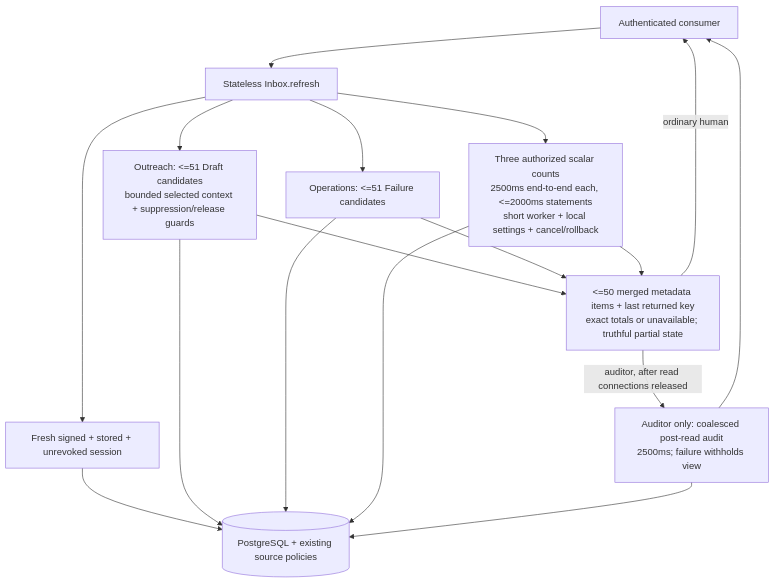
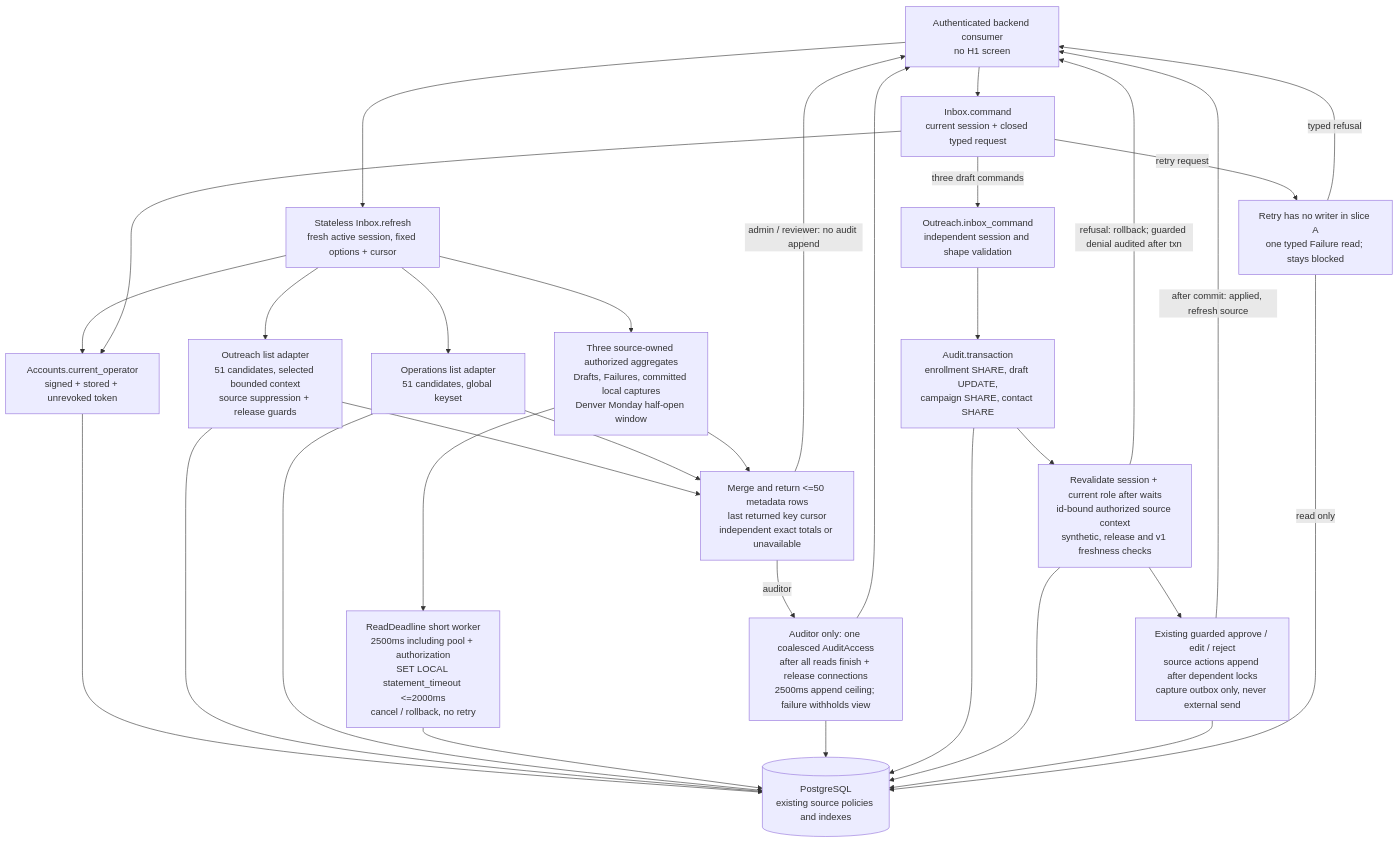
Before and after one commit to chops/sdr_agent: the diagram in docs/architecture/inbox-runtime.md, drawn with Mermaid. The commit also changed other lines of this file and 10 other files, not shown here.

First line of the commit message:
feat(inbox): add atomic draft command adapters (C1-03 A)

````diff
--- a/docs/architecture/inbox-runtime.md
+++ b/docs/architecture/inbox-runtime.md
@@ -14,24 +15,49 @@
 ```mermaid
 flowchart TB
-    Caller[Authenticated consumer]
-    Inbox[Stateless Inbox.refresh]
-    Accounts[Fresh signed + stored + unrevoked session]
-    Drafts[Outreach: <=51 Draft candidates<br/>bounded selected context + suppression/release guards]
-    Failures[Operations: <=51 Failure candidates]
-    Counts[Three authorized scalar counts<br/>2500ms end-to-end each, <=2000ms statements<br/>short worker + local settings + cancel/rollback]
-    Merge[<=50 merged metadata items + last returned key<br/>exact totals or unavailable; truthful partial state]
-    AA[Auditor only: coalesced post-read audit<br/>2500ms; failure withholds view]
-    DB[(PostgreSQL + existing source policies)]
+    Caller[Authenticated backend consumer<br/>no H1 screen]
+    Inbox[Stateless Inbox.refresh<br/>fresh active session, fixed options + cursor]
+    Accounts[Accounts.current_operator<br/>signed + stored + unrevoked token]
+    Drafts[Outreach list adapter<br/>51 candidates, selected bounded context<br/>source suppression + release guards]
+    Failures[Operations list adapter<br/>51 candidates, global keyset]
+    Counts[Three source-owned authorized aggregates<br/>Drafts, Failures, committed local captures<br/>Denver Monday half-open window]
+    Budget[ReadDeadline short worker<br/>2500ms including pool + authorization<br/>SET LOCAL statement_timeout <=2000ms<br/>cancel / rollback, no retry]
+    Merge[Merge and return <=50 metadata rows<br/>last returned key cursor<br/>independent exact totals or unavailable]
+    AA[Auditor only: one coalesced AuditAccess<br/>after all reads finish + release connections<br/>2500ms append ceiling; failure withholds view]
+    Command[Inbox.command<br/>current session + closed typed request]
+    Adapter[Outreach.inbox_command<br/>independent session and shape validation]
+    Locks[Audit.transaction<br/>enrollment SHARE, draft UPDATE,<br/>campaign SHARE, contact SHARE]
+    Fresh[Revalidate session + current role after waits<br/>id-bound authorized source context<br/>synthetic, release and v1 freshness checks]
+    Write[Existing guarded approve / edit / reject<br/>source actions append after dependent locks<br/>capture outbox only, never external send]
+    Held[Retry has no writer in slice A<br/>one typed Failure read; stays blocked]
+    DB[(PostgreSQL<br/>existing source policies and indexes)]
+
     Caller --> Inbox
-    Inbox --> Accounts --> DB
-    Inbox --> Drafts --> DB
-    Inbox --> Failures --> DB
-    Inbox --> Counts --> DB
+    Inbox --> Accounts
+    Accounts --> DB
+    Inbox --> Drafts
+    Inbox --> Failures
+    Inbox --> Counts
+    Drafts --> DB
+    Failures --> DB
+    Counts --> Budget
+    Budget --> DB
     Drafts --> Merge
     Failures --> Merge
     Counts --> Merge
-    Merge -- ordinary human --> Caller
-    Merge -- auditor, after read connections released --> AA
+    Merge -- admin / reviewer: no audit append --> Caller
+    Merge -- auditor --> AA
     AA --> DB
     AA --> Caller
+    Caller --> Command
+    Command --> Accounts
+    Command -- three draft commands --> Adapter
+    Adapter --> Locks --> Fresh --> Write
+    Locks --> DB
+    Fresh --> DB
+    Write --> DB
+    Write -- after commit: applied, refresh source --> Caller
+    Fresh -- "refusal: rollback; guarded denial audited after txn" --> Caller
+    Command -- retry request --> Held
+    Held -- read only --> DB
+    Held -- typed refusal --> Caller
 ```
````
